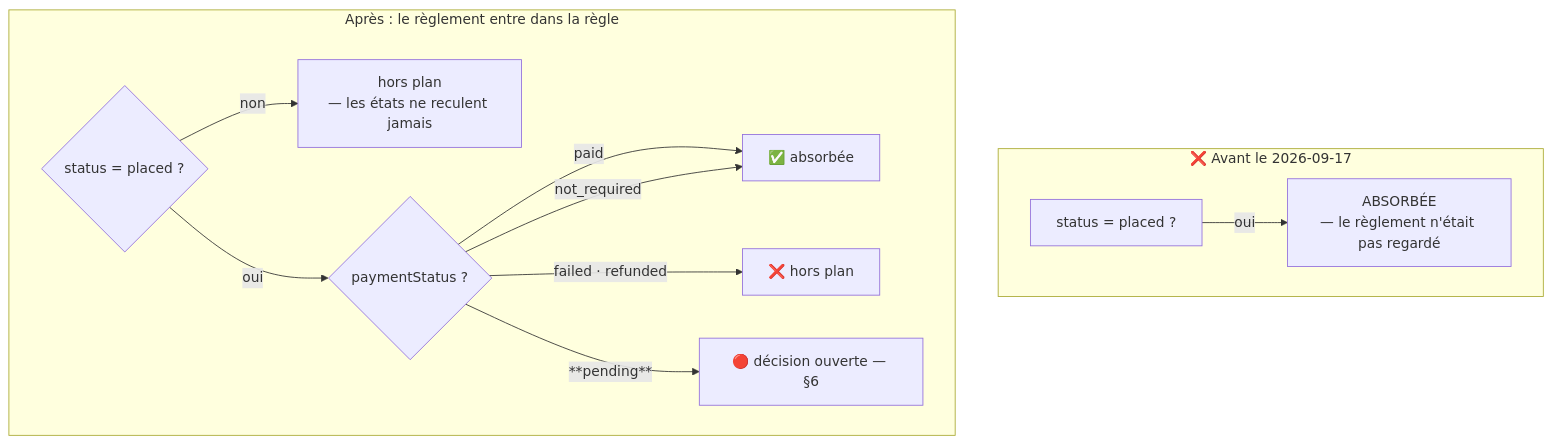
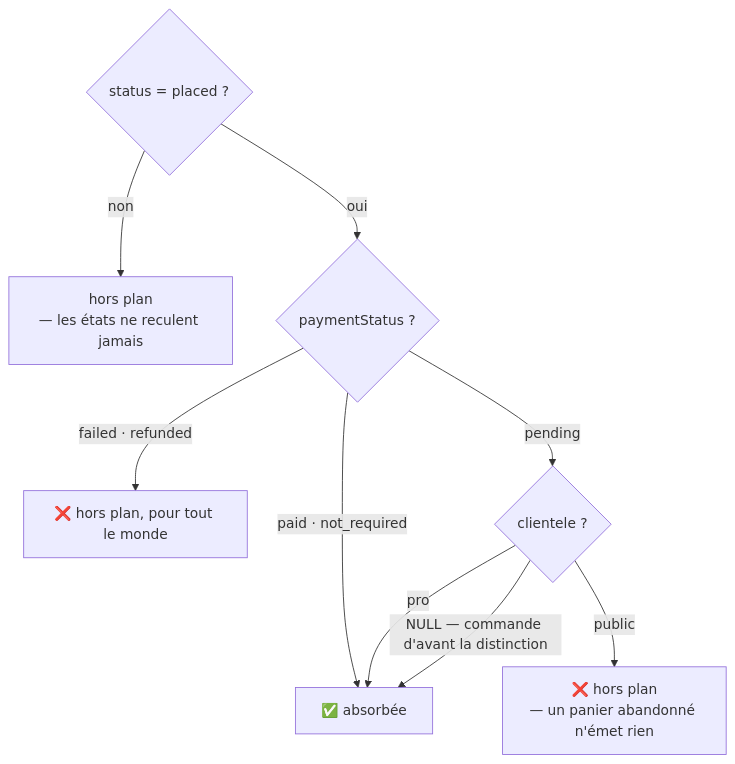
The sixth of 6 diagrams in documentation/order/architecture-reglement-et-compte-de-production.md (hugoheynard/lfd), drawn with Mermaid before and after one commit. The commit also changed other lines of this file and 62 other files, not shown here.

````diff
--- a/documentation/order/architecture-reglement-et-compte-de-production.md
+++ b/documentation/order/architecture-reglement-et-compte-de-production.md
@@ -124,15 +220,11 @@
 ```mermaid
 flowchart TD
-    subgraph AVANT["❌ Avant le 2026-09-17"]
-        A1["status = placed ?"] -->|oui| A2["ABSORBÉE<br/>— le règlement n'était pas regardé"]
-    end
-
-    subgraph APRES["Après : le règlement entre dans la règle"]
-        B1{"status = placed ?"} -->|non| B2["hors plan<br/>— les états ne reculent jamais"]
-        B1 -->|oui| B3{"paymentStatus ?"}
-        B3 -->|"paid"| OK["✅ absorbée"]
-        B3 -->|"not_required"| OK
-        B3 -->|"failed · refunded"| KO["❌ hors plan"]
-        B3 -->|"**pending**"| OPEN["🔴 décision ouverte — §6"]
-    end
+    B1{"status = placed ?"} -->|non| B2["hors plan<br/>— les états ne reculent jamais"]
+    B1 -->|oui| B3{"paymentStatus ?"}
+    B3 -->|"paid · not_required"| OK["✅ absorbée"]
+    B3 -->|"failed · refunded"| KO["❌ hors plan, pour tout le monde"]
+    B3 -->|"pending"| C{"clientele ?"}
+    C -->|"pro"| OK
+    C -->|"NULL — commande d'avant la distinction"| OK
+    C -->|"public"| KO2["❌ hors plan<br/>— un panier abandonné n'émet rien"]
 ```
````
